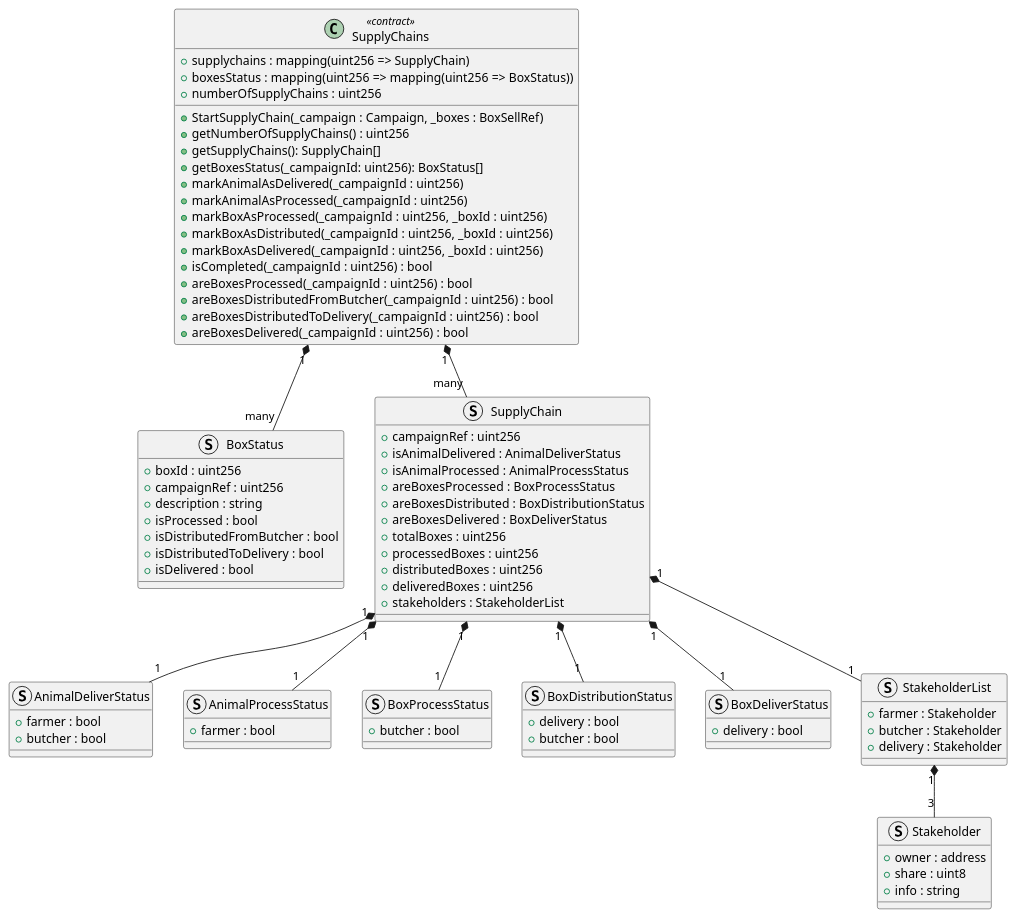
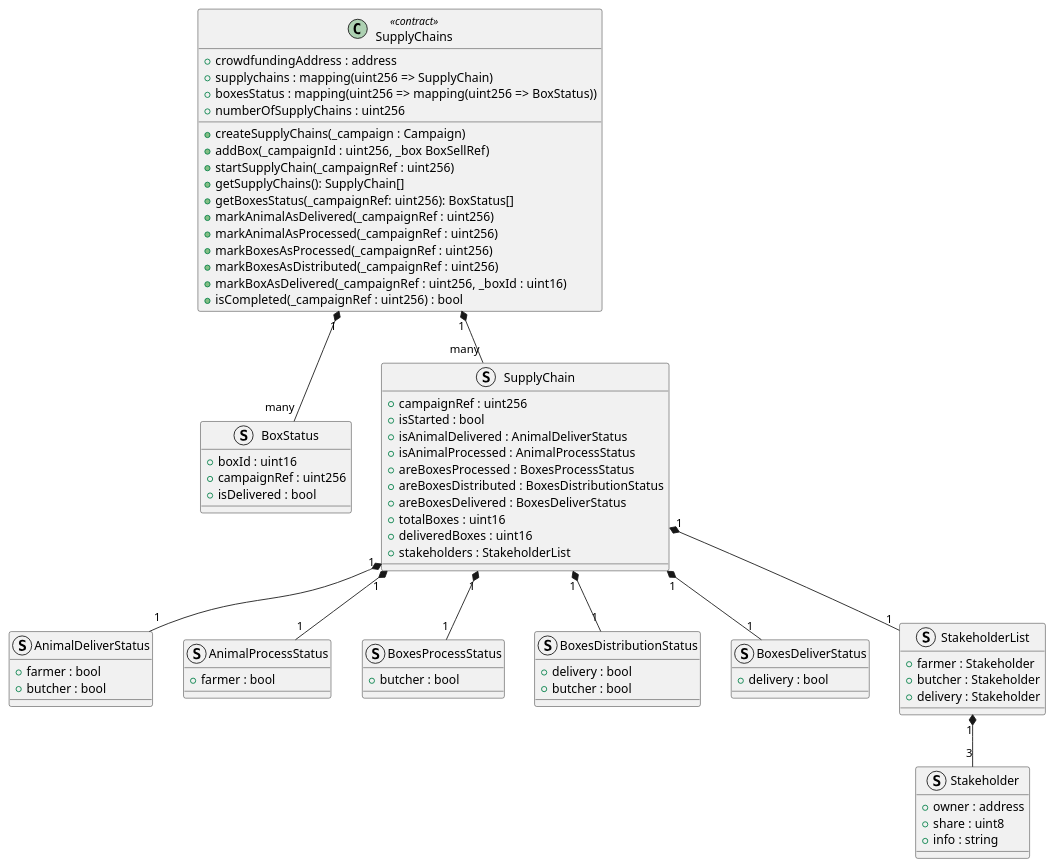
The diagram in docs/supplyChainClass.plantuml (mstolin/146157_Blockchain), drawn with PlantUML before and after one commit.

Commit message:
Updated supply chain UML

```diff
--- a/docs/supplyChainClass.plantuml
+++ b/docs/supplyChainClass.plantuml
@@ -1,82 +1,75 @@
-@startuml
-class  SupplyChains <<contract>> {
+@startuml SupplyChains
+class SupplyChains <<contract>> {
+  {field} +crowdfundingAddress : address
   {field} +supplychains : mapping(uint256 => SupplyChain)
   {field} +boxesStatus : mapping(uint256 => mapping(uint256 => BoxStatus))
   {field} +numberOfSupplyChains : uint256
-  {method} +StartSupplyChain(_campaign : Campaign, _boxes : BoxSellRef)
-  {method} +getNumberOfSupplyChains() : uint256
+  {method} +createSupplyChains(_campaign : Campaign)
+  {method} +addBox(_campaignId : uint256, _box BoxSellRef)
+  {method} +startSupplyChain(_campaignRef : uint256)
   {method} +getSupplyChains(): SupplyChain[]
-  {method} +getBoxesStatus(_campaignId: uint256): BoxStatus[]
-  {method} +markAnimalAsDelivered(_campaignId : uint256)
-  {method} +markAnimalAsProcessed(_campaignId : uint256)
-  {method} +markBoxAsProcessed(_campaignId : uint256, _boxId : uint256)
-  {method} +markBoxAsDistributed(_campaignId : uint256, _boxId : uint256)
-  {method} +markBoxAsDelivered(_campaignId : uint256, _boxId : uint256)
-  {method} +isCompleted(_campaignId : uint256) : bool
-  {method} +areBoxesProcessed(_campaignId : uint256) : bool
-  {method} +areBoxesDistributedFromButcher(_campaignId : uint256) : bool
-  {method} +areBoxesDistributedToDelivery(_campaignId : uint256) : bool
-  {method} +areBoxesDelivered(_campaignId : uint256) : bool
+  {method} +getBoxesStatus(_campaignRef: uint256): BoxStatus[]
+  {method} +markAnimalAsDelivered(_campaignRef : uint256)
+  {method} +markAnimalAsProcessed(_campaignRef : uint256)
+  {method} +markBoxesAsProcessed(_campaignRef : uint256)
+  {method} +markBoxesAsDistributed(_campaignRef : uint256)
+  {method} +markBoxAsDelivered(_campaignRef : uint256, _boxId : uint16)
+  {method} +isCompleted(_campaignRef : uint256) : bool
 }
 struct BoxStatus {
-  +boxId : uint256
+  +boxId : uint16
   +campaignRef : uint256
-  +description : string
-  +isProcessed : bool
-  +isDistributedFromButcher : bool
-  +isDistributedToDelivery : bool
   +isDelivered : bool
 }
 struct SupplyChain {
   +campaignRef : uint256
+  +isStarted : bool
   +isAnimalDelivered : AnimalDeliverStatus
   +isAnimalProcessed : AnimalProcessStatus
-  +areBoxesProcessed : BoxProcessStatus
-  +areBoxesDistributed : BoxDistributionStatus
-  +areBoxesDelivered : BoxDeliverStatus
-  +totalBoxes : uint256
-  +processedBoxes : uint256
-  +distributedBoxes : uint256
-  +deliveredBoxes : uint256
+  +areBoxesProcessed : BoxesProcessStatus
+  +areBoxesDistributed : BoxesDistributionStatus
+  +areBoxesDelivered : BoxesDeliverStatus
+  +totalBoxes : uint16
+  +deliveredBoxes : uint16
   +stakeholders : StakeholderList
 }
 struct AnimalDeliverStatus {
   +farmer : bool
   +butcher : bool
 }
 struct AnimalProcessStatus {
   +farmer : bool
 }
-struct BoxProcessStatus {
+struct BoxesProcessStatus {
   +butcher : bool
 }
-struct BoxDistributionStatus {
+struct BoxesDistributionStatus {
   +delivery : bool
   +butcher : bool
 }
-struct BoxDeliverStatus {
+struct BoxesDeliverStatus {
   +delivery : bool
 }
 struct Stakeholder {
   +owner : address
   +share : uint8
   +info : string
 }
 struct StakeholderList {
   +farmer : Stakeholder
   +butcher : Stakeholder
   +delivery : Stakeholder
 }
 
 SupplyChains "1" *-- "many" SupplyChain
 SupplyChain "1" *-- "1" AnimalDeliverStatus
 SupplyChain "1" *-- "1" AnimalProcessStatus
-SupplyChain "1" *-- "1" BoxProcessStatus
-SupplyChain "1" *-- "1" BoxDistributionStatus
-SupplyChain "1" *-- "1" BoxDeliverStatus
+SupplyChain "1" *-- "1" BoxesProcessStatus
+SupplyChain "1" *-- "1" BoxesDistributionStatus
+SupplyChain "1" *-- "1" BoxesDeliverStatus
 SupplyChain "1" *-- "1" StakeholderList
 StakeholderList "1" *-- "3" Stakeholder
 
 SupplyChains "1" *-- "many" BoxStatus
 
 @enduml
```
